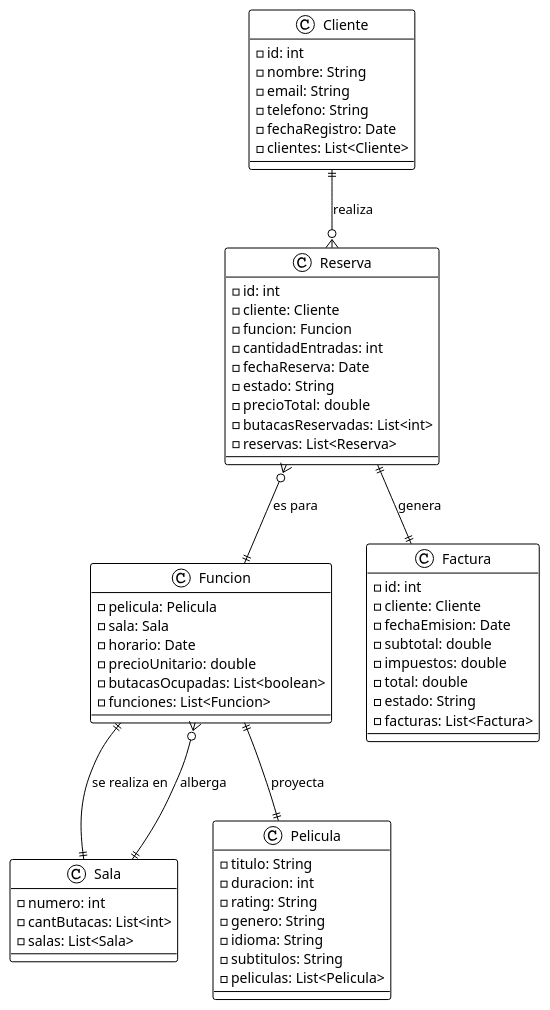
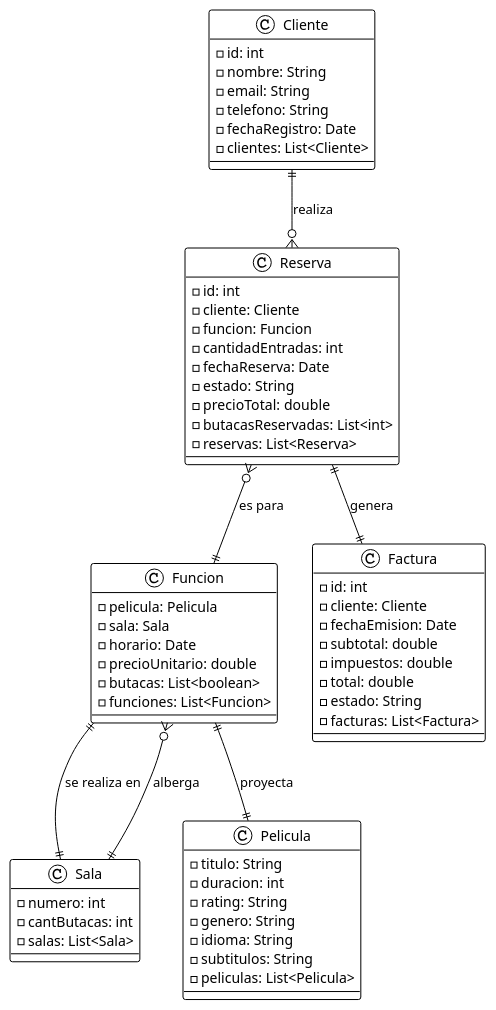
One commit to FacuDemarchi/POO changed the diagram in docs/diagrams/code/cine.puml. Above: the diagram before and after it, drawn with PlantUML. The commit also changed 5 other files, not shown here.

```diff
--- a/docs/diagrams/code/cine.puml
+++ b/docs/diagrams/code/cine.puml
@@ -1,74 +1,74 @@
 @startuml Cine
 !theme plain
 
 class Pelicula {
     - titulo: String
     - duracion: int
     - rating: String
     - genero: String
     - idioma: String
     - subtitulos: String
     - peliculas: List<Pelicula>
 }
 
 
 class Sala {
     - numero: int
-    - cantButacas: List<int>
+    - cantButacas: int
     - salas: List<Sala>
 }
 
 class Funcion {
     - pelicula: Pelicula
     - sala: Sala
     - horario: Date
     - precioUnitario: double
-    - butacasOcupadas: List<boolean>
+    - butacas: List<boolean>
     - funciones: List<Funcion>
 }
 
 class Cliente {
     - id: int
     - nombre: String
     - email: String
     - telefono: String
     - fechaRegistro: Date
     - clientes: List<Cliente>
 }
 
 class Reserva {
     - id: int
     - cliente: Cliente
     - funcion: Funcion
     - cantidadEntradas: int
     - fechaReserva: Date
     - estado: String
     - precioTotal: double
     - butacasReservadas: List<int>
     - reservas: List<Reserva>
 }
 
 class Factura {
     - id: int
     - cliente: Cliente
     - fechaEmision: Date
     - subtotal: double
     - impuestos: double
     - total: double
     - estado: String
     - facturas: List<Factura>
 }
 
 
 
 ' Relaciones originales
 Funcion ||--|| Pelicula : "proyecta"
 Funcion ||--|| Sala : "se realiza en"
 
 ' Relaciones nuevas
 Sala ||--o{ Funcion : "alberga"
 Cliente ||--o{ Reserva : "realiza"
 Reserva }o--|| Funcion : "es para"
 Reserva ||--|| Factura : "genera"
 
 @enduml
```
